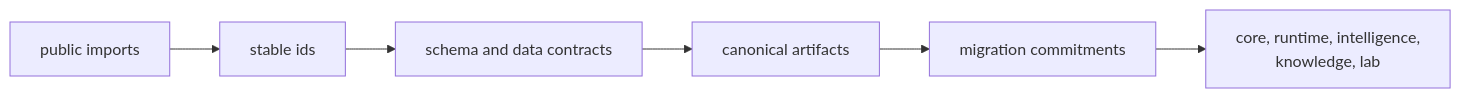
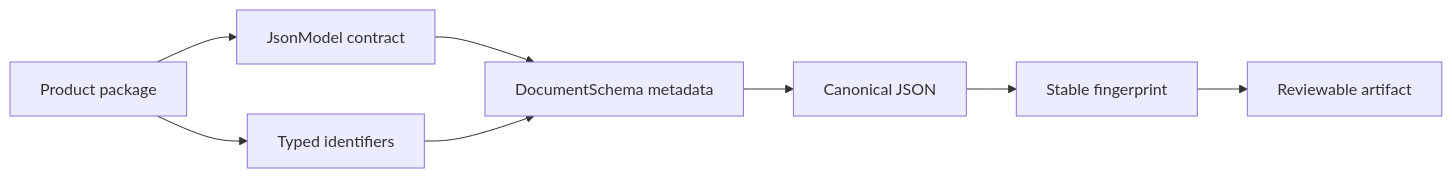
The diagram in docs/03-bijux-proteomics-foundation/interfaces/index.md (bijux/bijux-proteomics), drawn with Mermaid before and after one commit. The commit also changed other lines of this file and 2 other files, not shown here.

Commit message:
docs(foundation): define the shared contract surface

````diff
--- a/docs/03-bijux-proteomics-foundation/interfaces/index.md
+++ b/docs/03-bijux-proteomics-foundation/interfaces/index.md
@@ -18,11 +18,16 @@
 ```mermaid
 flowchart LR
-    imports["public imports"]
-    ids["stable ids"]
-    contracts["schema and data contracts"]
-    artifacts["canonical artifacts"]
-    migration["migration commitments"]
-    packages["core, runtime, intelligence,<br/>knowledge, lab"]
+    producer["Product package"]
+    ids["Typed identifiers"]
+    model["JsonModel contract"]
+    document["DocumentSchema metadata"]
+    canonical["Canonical JSON"]
+    digest["Stable fingerprint"]
+    artifact["Reviewable artifact"]
 
-    imports --> ids --> contracts --> artifacts --> migration --> packages
+    producer --> ids
+    producer --> model
+    model --> document
+    ids --> document
+    document --> canonical --> digest --> artifact
 ```
````
